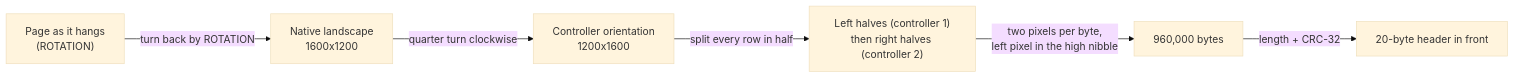
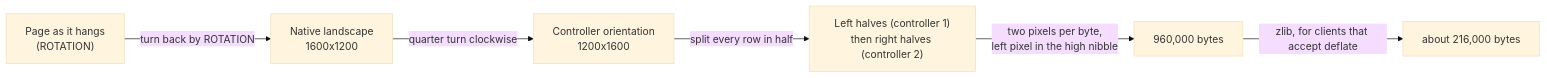
The fourth of 4 diagrams in docs/explanation/image-pipeline.md (Filip-Pajalic/birdnet-go-frame), drawn with Mermaid (base theme) before and after one commit. The commit also changed other lines of this file and 38 other files, not shown here.

````diff
--- a/docs/explanation/image-pipeline.md
+++ b/docs/explanation/image-pipeline.md
@@ -157,8 +158,8 @@
 ```mermaid
 flowchart LR
     hang["Page as it hangs<br/>(ROTATION)"] -->|"turn back by ROTATION"| land["Native landscape<br/>1600x1200"]
     land -->|"quarter turn clockwise"| glass["Controller orientation<br/>1200x1600"]
     glass -->|"split every row in half"| halves["Left halves (controller 1)<br/>then right halves (controller 2)"]
     halves -->|"two pixels per byte,<br/>left pixel in the high nibble"| bytes["960,000 bytes"]
-    bytes -->|"length + CRC-32"| header["20-byte header in front"]
+    bytes -->|"zlib, for clients that accept deflate"| wire["about 216,000 bytes"]
 ```
````
